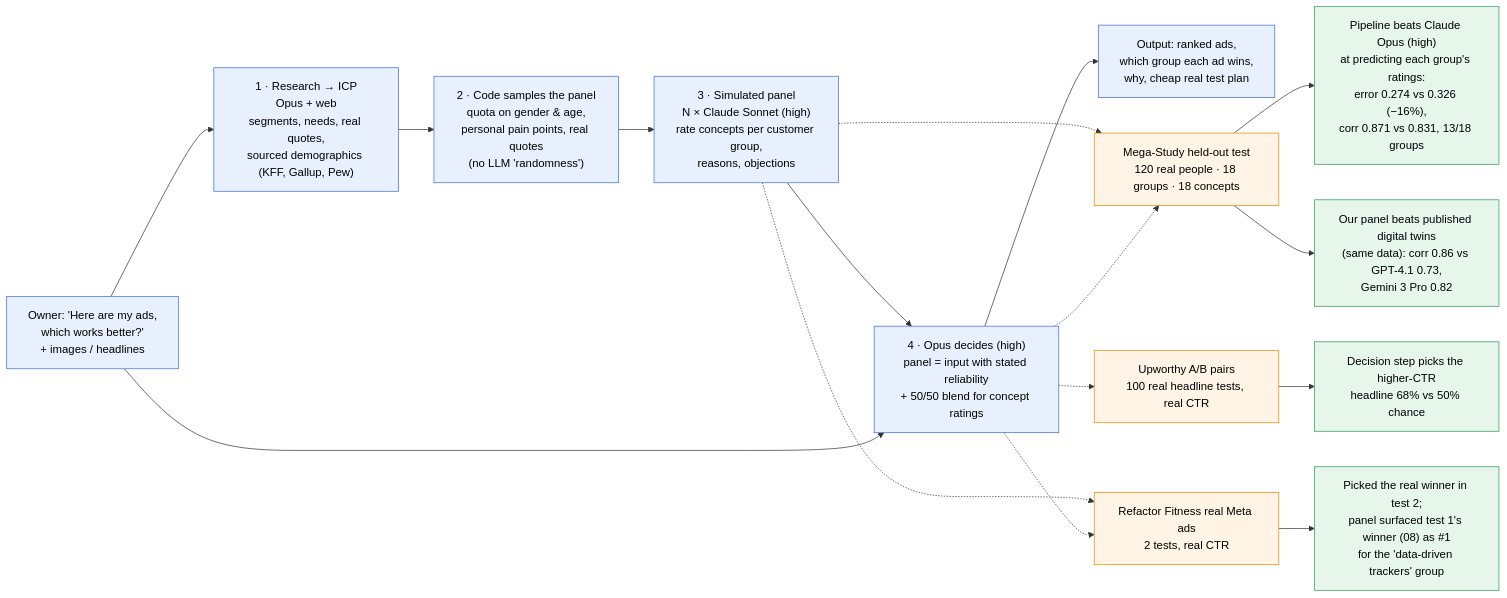
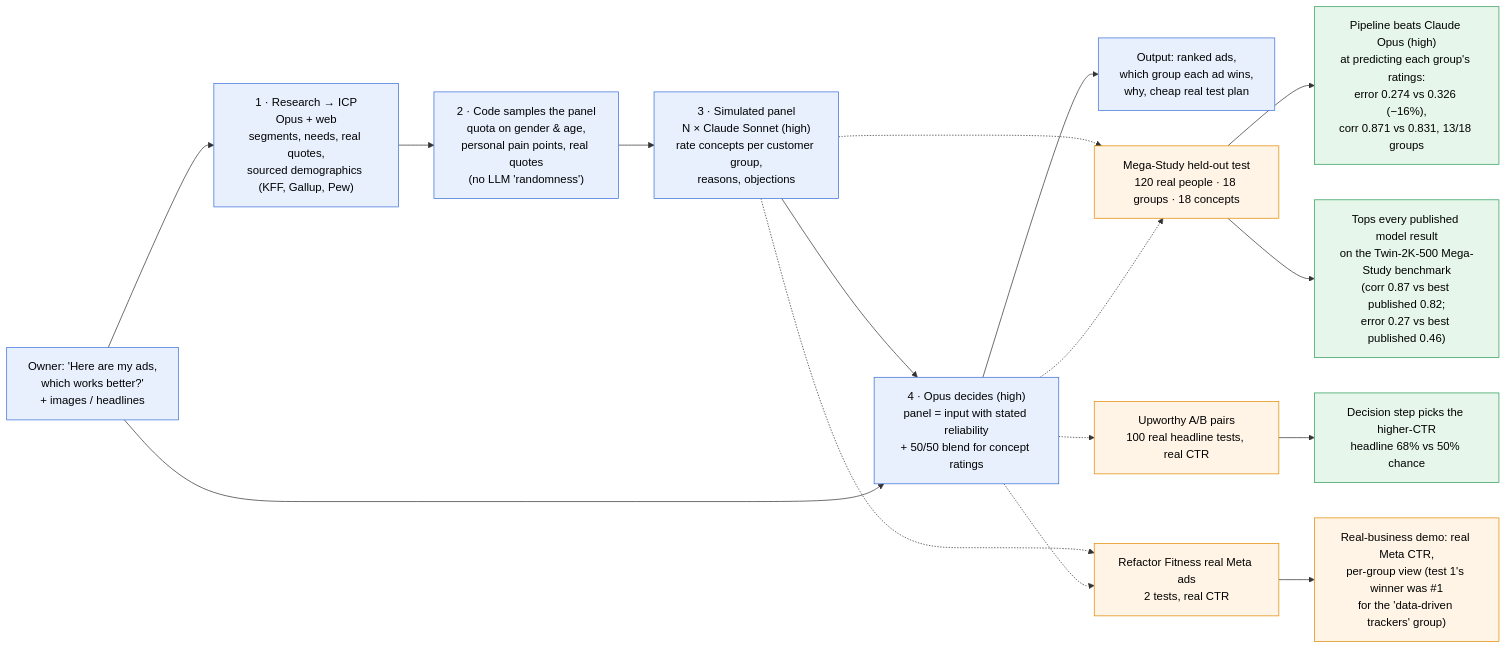
The diagram in evals/benchmarks/OVERVIEW.md (nsbogert/GTMagic), drawn with Mermaid before and after one commit. The commit also changed other lines of this file, not shown here.

Commit message:
evals: overview framing - top all published results; Refactor as demo

````diff
--- a/evals/benchmarks/OVERVIEW.md
+++ b/evals/benchmarks/OVERVIEW.md
@@ -3,33 +3,33 @@
 ```mermaid
 flowchart LR
   classDef stage fill:#e8f0fe,stroke:#3b6fd8,color:#000
   classDef win fill:#e6f6ea,stroke:#2e9b57,color:#000
   classDef bench fill:#fff4e5,stroke:#e08a00,color:#000
 
   IN["Owner: 'Here are my ads,<br/>which works better?'<br/>+ images / headlines"]:::stage
   R["1 · Research → ICP<br/>Opus + web<br/>segments, needs, real quotes,<br/>sourced demographics (KFF, Gallup, Pew)"]:::stage
   S["2 · Code samples the panel<br/>quota on gender & age,<br/>personal pain points, real quotes<br/>(no LLM 'randomness')"]:::stage
   P["3 · Simulated panel<br/>N × Claude Sonnet (high)<br/>rate concepts per customer group,<br/>reasons, objections"]:::stage
   D["4 · Opus decides (high)<br/>panel = input with stated reliability<br/>+ 50/50 blend for concept ratings"]:::stage
   O["Output: ranked ads,<br/>which group each ad wins,<br/>why, cheap real test plan"]:::stage
   IN --> R --> S --> P --> D --> O
   IN --> D
 
   B1["Mega-Study held-out test<br/>120 real people · 18 groups · 18 concepts"]:::bench
   B2["Upworthy A/B pairs<br/>100 real headline tests, real CTR"]:::bench
   B3["Refactor Fitness real Meta ads<br/>2 tests, real CTR"]:::bench
   P -.-> B1
   D -.-> B1
   D -.-> B2
   P -.-> B3
   D -.-> B3
 
   W1["Pipeline beats Claude Opus (high)<br/>at predicting each group's ratings:<br/>error 0.274 vs 0.326 (−16%),<br/>corr 0.871 vs 0.831, 13/18 groups"]:::win
-  W2["Our panel beats published digital twins<br/>(same data): corr 0.86 vs GPT-4.1 0.73,<br/>Gemini 3 Pro 0.82"]:::win
+  W2["Tops every published model result<br/>on the Twin-2K-500 Mega-Study benchmark<br/>(corr 0.87 vs best published 0.82;<br/>error 0.27 vs best published 0.46)"]:::win
   W3["Decision step picks the higher-CTR<br/>headline 68% vs 50% chance"]:::win
-  W4["Picked the real winner in test 2;<br/>panel surfaced test 1's winner (08) as #1<br/>for the 'data-driven trackers' group"]:::win
+  W4["Real-business demo: real Meta CTR,<br/>per-group view (test 1's winner was #1<br/>for the 'data-driven trackers' group)"]:::bench
   B1 --> W1
   B1 --> W2
   B2 --> W3
   B3 --> W4
 ```
````
